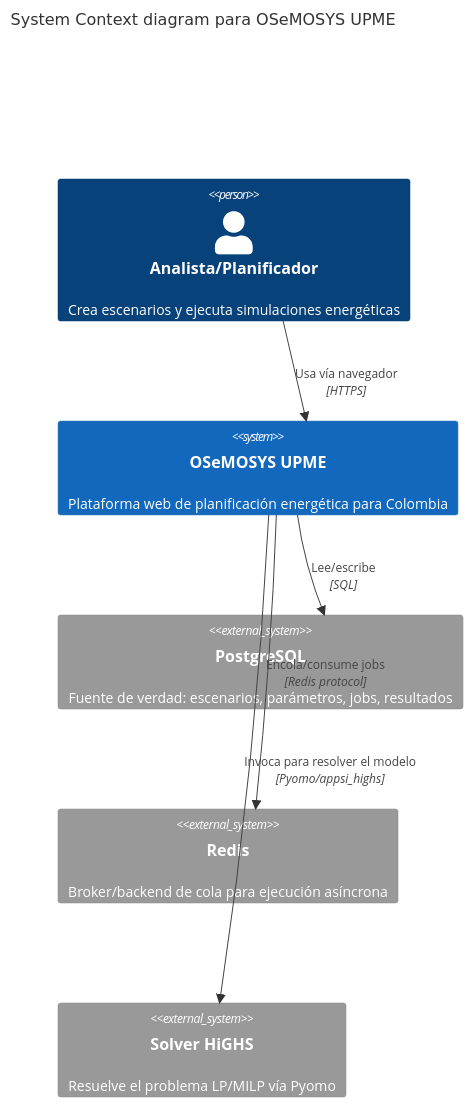
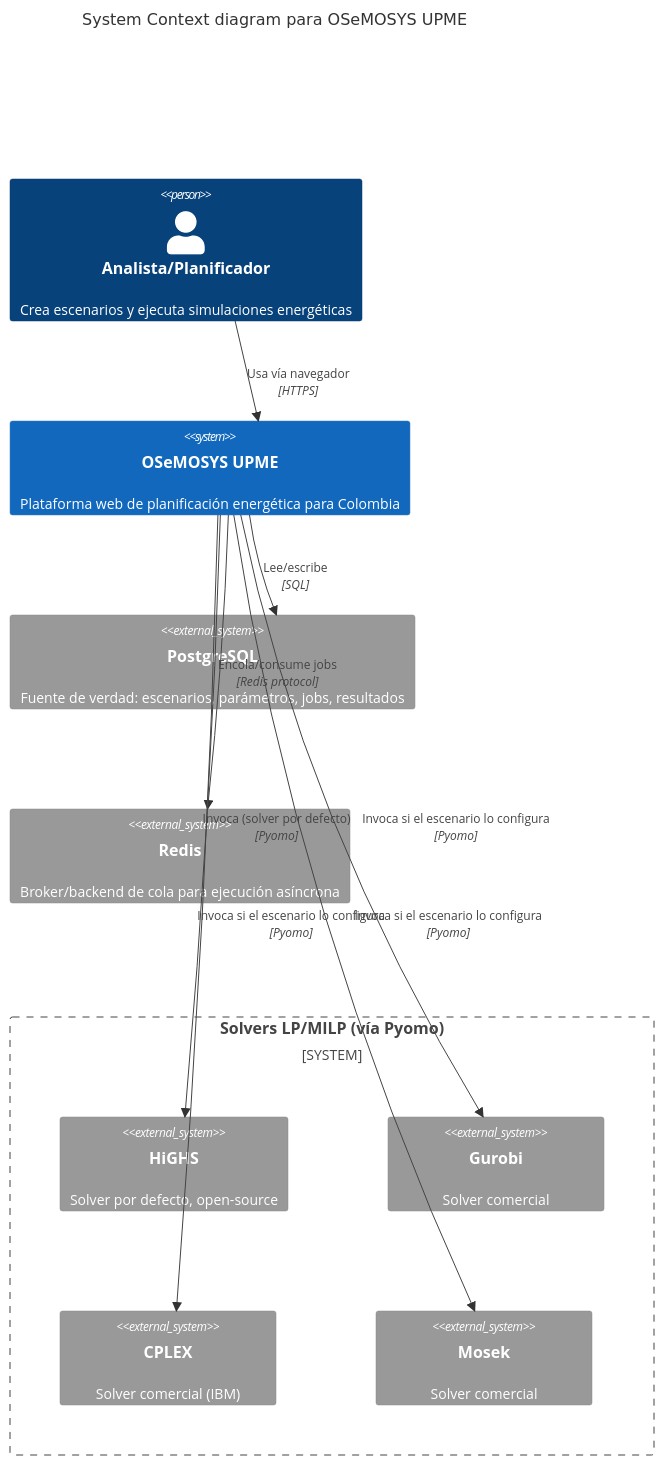
Before and after one commit to jdominguez94/osemosys-col-docs: the first of 3 diagrams in docs/architecture/overview.md, drawn with Mermaid. The commit also changed other lines of this file and 11 other files, not shown here.

Commit message:
docs: UPME branding (logo + custom palette), multi-solver C4 diagrams, consolidated deployment methods

````diff
--- a/docs/architecture/overview.md
+++ b/docs/architecture/overview.md
@@ -69,17 +69,26 @@
 ```mermaid
 C4Context
     title System Context diagram para OSeMOSYS UPME
 
     Person(analyst, "Analista/Planificador", "Crea escenarios y ejecuta simulaciones energéticas")
 
     System(osemosys, "OSeMOSYS UPME", "Plataforma web de planificación energética para Colombia")
 
     System_Ext(postgres, "PostgreSQL", "Fuente de verdad: escenarios, parámetros, jobs, resultados")
     System_Ext(redis, "Redis", "Broker/backend de cola para ejecución asíncrona")
-    System_Ext(solver, "Solver HiGHS", "Resuelve el problema LP/MILP vía Pyomo")
+
+    System_Boundary(solvers, "Solvers LP/MILP (vía Pyomo)") {
+        System_Ext(highs, "HiGHS", "Solver por defecto, open-source")
+        System_Ext(gurobi, "Gurobi", "Solver comercial")
+        System_Ext(cplex, "CPLEX", "Solver comercial (IBM)")
+        System_Ext(mosek, "Mosek", "Solver comercial")
+    }
 
     Rel(analyst, osemosys, "Usa vía navegador", "HTTPS")
     Rel(osemosys, postgres, "Lee/escribe", "SQL")
     Rel(osemosys, redis, "Encola/consume jobs", "Redis protocol")
-    Rel(osemosys, solver, "Invoca para resolver el modelo", "Pyomo/appsi_highs")
+    Rel(osemosys, highs, "Invoca (solver por defecto)", "Pyomo")
+    Rel(osemosys, gurobi, "Invoca si el escenario lo configura", "Pyomo")
+    Rel(osemosys, cplex, "Invoca si el escenario lo configura", "Pyomo")
+    Rel(osemosys, mosek, "Invoca si el escenario lo configura", "Pyomo")
 ```
````
